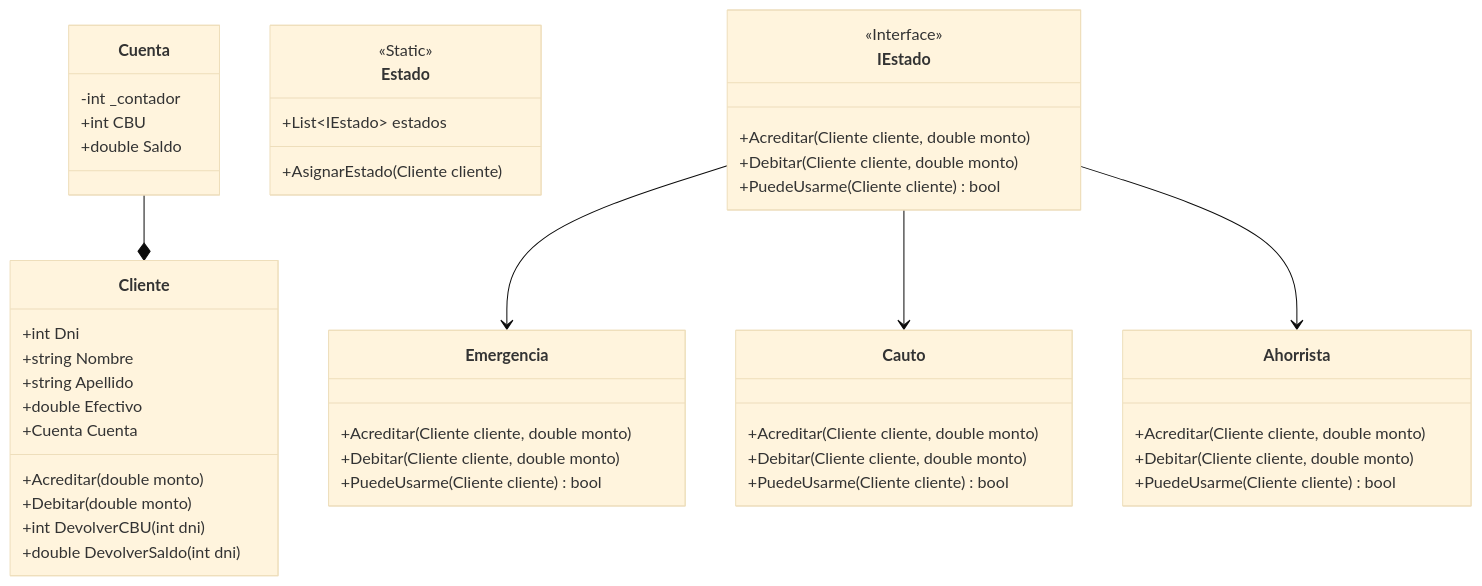
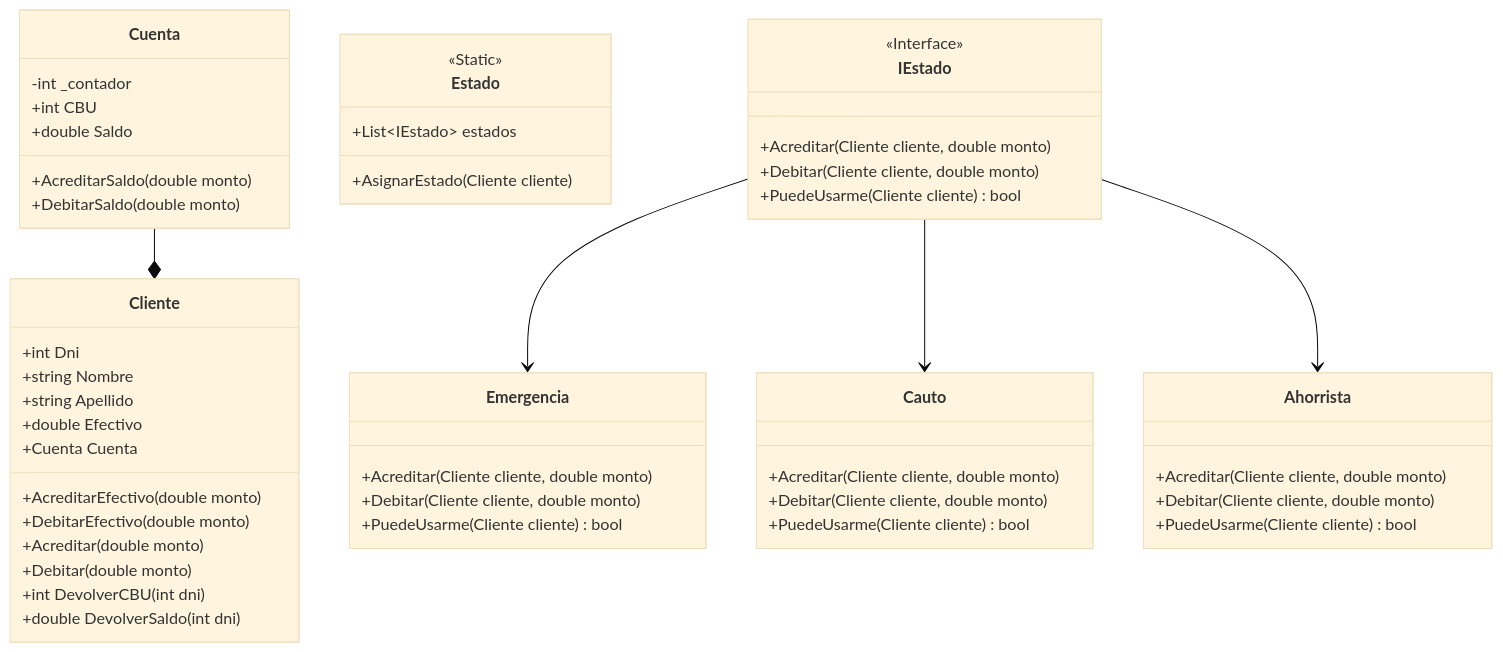
Before and after one commit to Ramon-Ariel-ET12/Banco: the diagram in README.md, drawn with Mermaid (base theme). The commit also changed 6 other files, not shown here.

````diff
--- a/README.md
+++ b/README.md
@@ -3,61 +3,66 @@
 ```mermaid
 
 classDiagram
 direction lr
 
 class Cliente{
     +int Dni
     +string Nombre
     +string Apellido
     +double Efectivo
     +Cuenta Cuenta
 
+    +AcreditarEfectivo(double monto)
+    +DebitarEfectivo(double monto)
     +Acreditar(double monto)
     +Debitar(double monto)
     +int DevolverCBU(int dni)
     +double DevolverSaldo(int dni)
 }
 
 class Cuenta{
     -int _contador
     +int CBU
     +double Saldo
+
+    +AcreditarSaldo(double monto) 
+    +DebitarSaldo(double monto) 
 }
 
 class Emergencia{
     +Acreditar(Cliente cliente, double monto)
     +Debitar(Cliente cliente, double monto)
     +PuedeUsarme(Cliente cliente) bool
 }
 
 class Cauto{
     +Acreditar(Cliente cliente, double monto)
     +Debitar(Cliente cliente, double monto)
     +PuedeUsarme(Cliente cliente) bool
 }
 
 class Ahorrista{
     +Acreditar(Cliente cliente, double monto)
     +Debitar(Cliente cliente, double monto)
     +PuedeUsarme(Cliente cliente) bool
 }
 
 class Estado{
     <<Static>>
     +List~IEstado~ estados
     +AsignarEstado(Cliente cliente)
 }
 
 class IEstado{
     <<Interface>>
     +Acreditar(Cliente cliente, double monto)
     +Debitar(Cliente cliente, double monto)
     +PuedeUsarme(Cliente cliente) bool
 }
 
 Cuenta --* Cliente
 IEstado --> Emergencia
 IEstado --> Cauto
 IEstado --> Ahorrista
 
 ```
````
